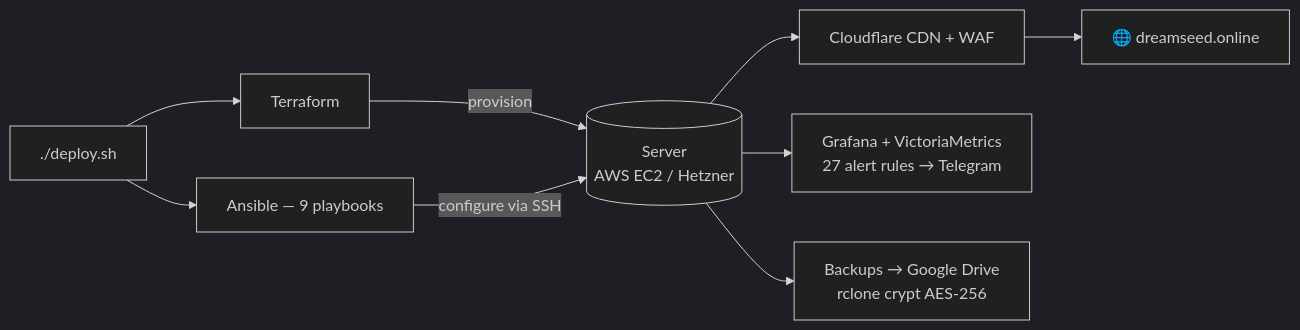
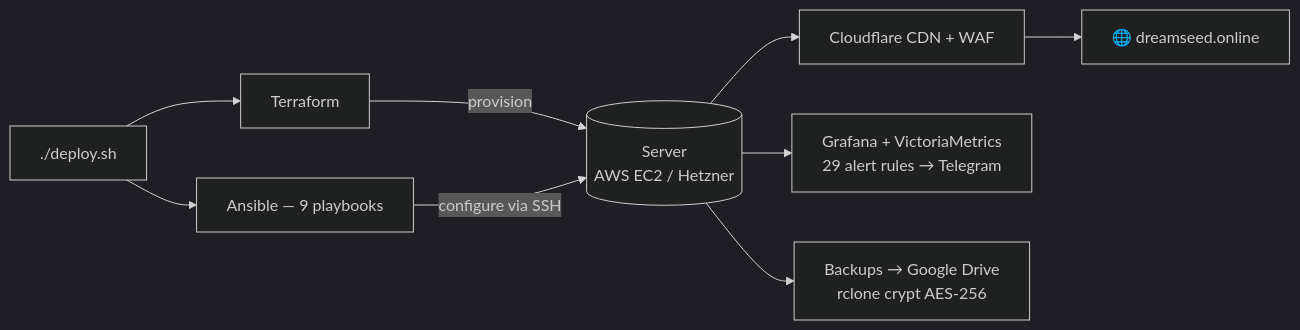
The diagram in README.md (W1ckedS1ck/DreamSeed), drawn with Mermaid (dark theme) before and after one commit. The commit also changed other lines of this file and 13 other files, not shown here.

````diff
--- a/README.md
+++ b/README.md
@@ -134,11 +134,11 @@
 ```mermaid
 flowchart LR
     CLI[./deploy.sh] --> TF[Terraform]
     CLI --> ANS[Ansible — 9 playbooks]
     TF -->|provision| SRV[(Server<br/>AWS EC2 / Hetzner)]
     ANS -->|configure via SSH| SRV
     SRV --> CF[Cloudflare CDN + WAF]
     CF --> SITE["🌐 dreamseed.online"]
-    SRV --> OBS[Grafana + VictoriaMetrics<br/>27 alert rules → Telegram]
+    SRV --> OBS[Grafana + VictoriaMetrics<br/>29 alert rules → Telegram]
     SRV --> BCK[Backups → Google Drive<br/>rclone crypt AES-256]
 ```
````
